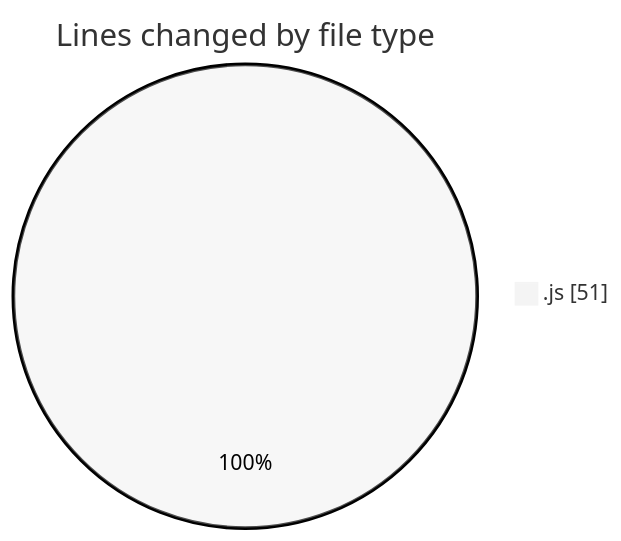
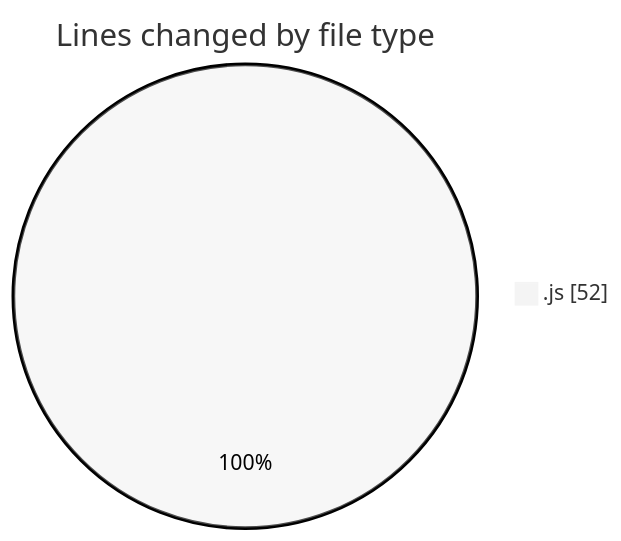
The first of 2 diagrams in 2025-03-17/jsproject/README.md (BS-eng2023/code-tracking), drawn with Mermaid (neutral theme) before and after one commit. The commit also changed other lines of this file and 1 other file, not shown here.

````diff
--- a/2025-03-17/jsproject/README.md
+++ b/2025-03-17/jsproject/README.md
@@ -21,5 +21,5 @@
 ```mermaid
 pie showData
 title Lines changed by file type
-".js" : 51
+".js" : 52
 ```
````
